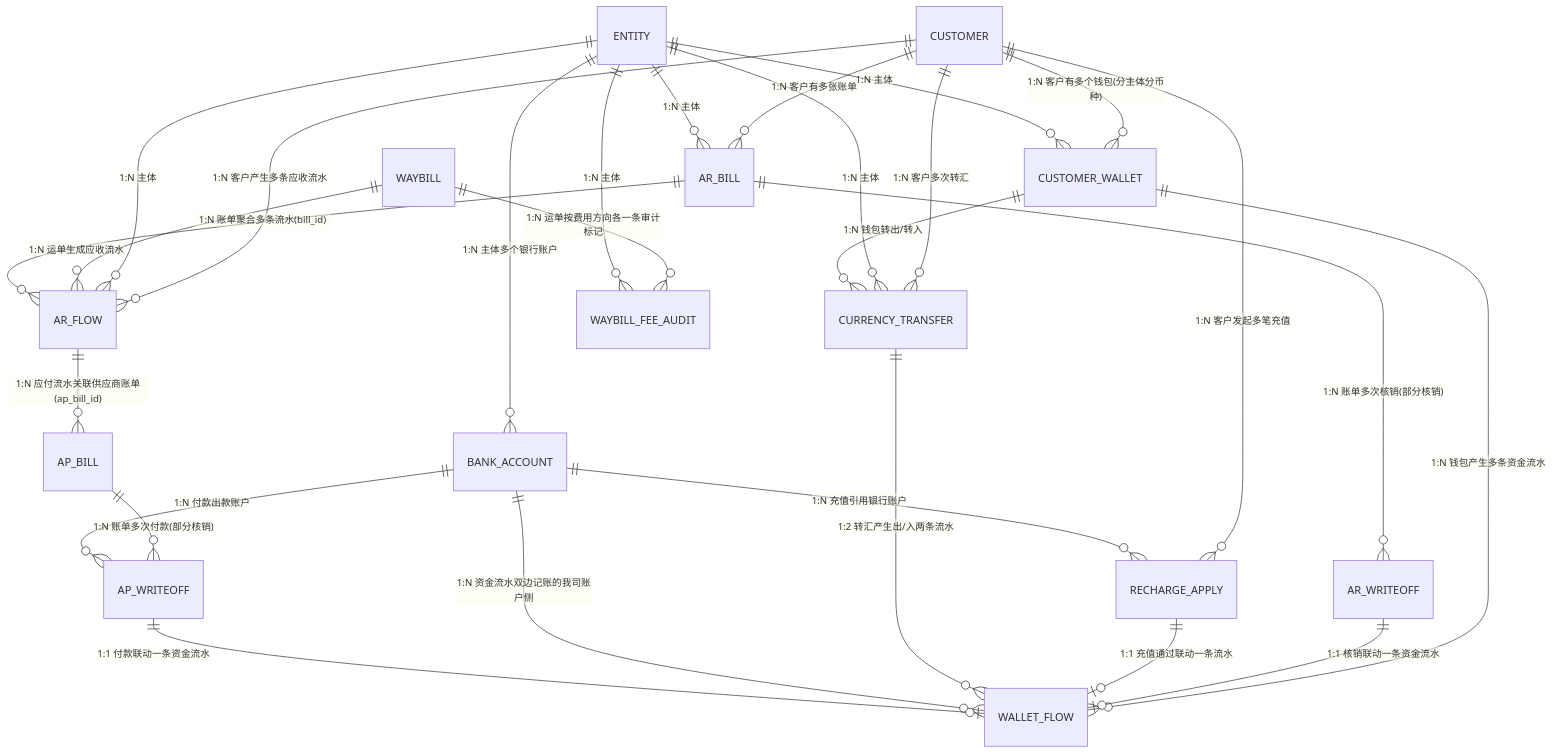
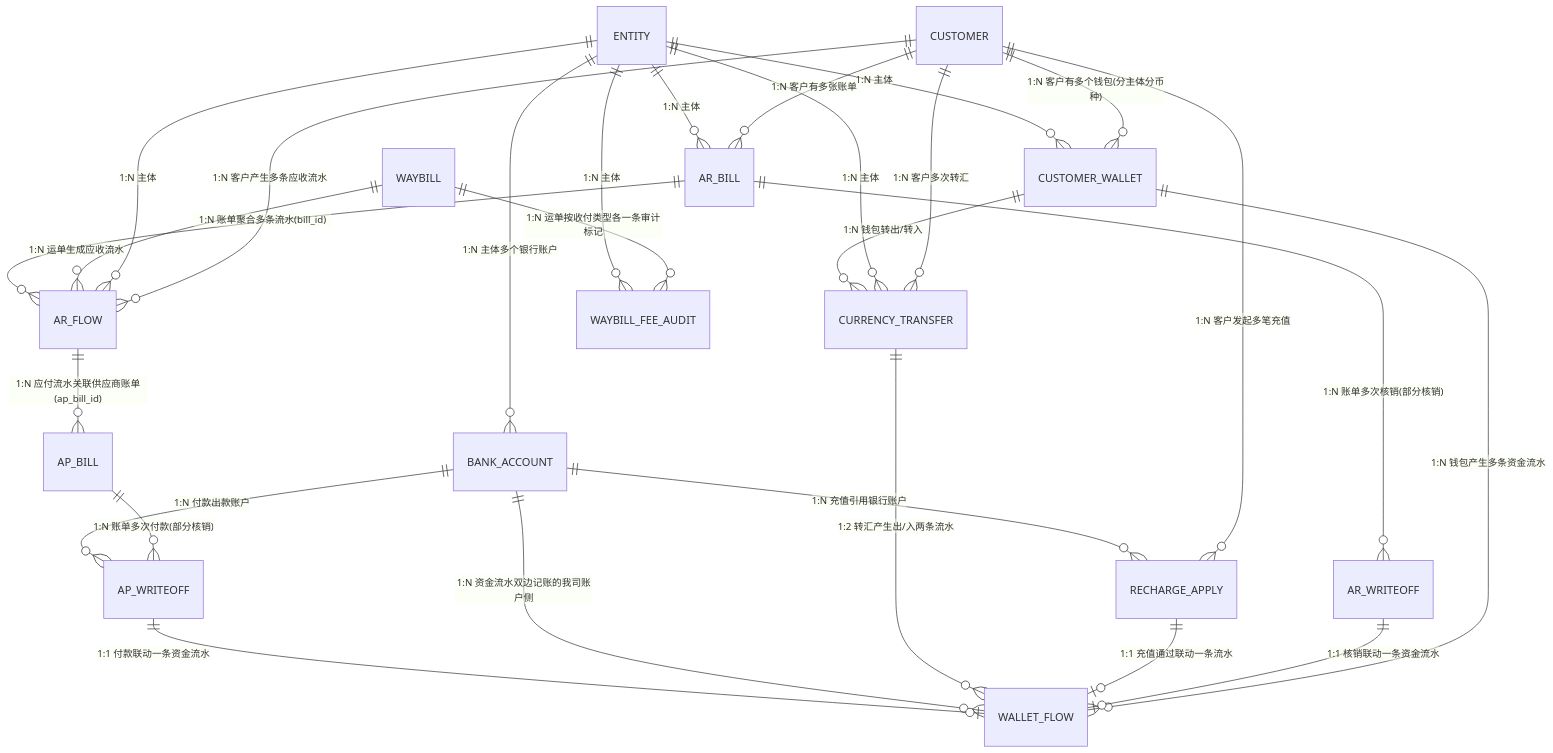
Before and after one commit to zhangwen960722/luna-daily: the diagram in 0-产品经理使用IDE/drafts/财务/2026-09-24-数据设计.md, drawn with Mermaid. The commit also changed other lines of this file and 14 other files, not shown here.

````diff
--- a/0-产品经理使用IDE/drafts/财务/2026-09-24-数据设计.md
+++ b/0-产品经理使用IDE/drafts/财务/2026-09-24-数据设计.md
@@ -458,29 +459,29 @@
 ```mermaid
 erDiagram
     CUSTOMER ||--o{ AR_FLOW : "1:N 客户产生多条应收流水"
     CUSTOMER ||--o{ AR_BILL : "1:N 客户有多张账单"
     CUSTOMER ||--o{ CUSTOMER_WALLET : "1:N 客户有多个钱包(分主体分币种)"
     CUSTOMER ||--o{ RECHARGE_APPLY : "1:N 客户发起多笔充值"
     CUSTOMER ||--o{ CURRENCY_TRANSFER : "1:N 客户多次转汇"
     ENTITY ||--o{ AR_FLOW : "1:N 主体"
     ENTITY ||--o{ AR_BILL : "1:N 主体"
     ENTITY ||--o{ CUSTOMER_WALLET : "1:N 主体"
     ENTITY ||--o{ BANK_ACCOUNT : "1:N 主体多个银行账户"
     ENTITY ||--o{ CURRENCY_TRANSFER : "1:N 主体"
     WAYBILL ||--o{ AR_FLOW : "1:N 运单生成应收流水"
     AR_BILL ||--o{ AR_FLOW : "1:N 账单聚合多条流水(bill_id)"
     AR_BILL ||--o{ AR_WRITEOFF : "1:N 账单多次核销(部分核销)"
     CUSTOMER_WALLET ||--o{ WALLET_FLOW : "1:N 钱包产生多条资金流水"
     CUSTOMER_WALLET ||--o{ CURRENCY_TRANSFER : "1:N 钱包转出/转入"
     AR_WRITEOFF ||--o| WALLET_FLOW : "1:1 核销联动一条资金流水"
     RECHARGE_APPLY ||--o| WALLET_FLOW : "1:1 充值通过联动一条流水"
     CURRENCY_TRANSFER ||--o{ WALLET_FLOW : "1:2 转汇产生出/入两条流水"
     BANK_ACCOUNT ||--o{ RECHARGE_APPLY : "1:N 充值引用银行账户"
     BANK_ACCOUNT ||--o{ WALLET_FLOW : "1:N 资金流水双边记账的我司账户侧"
     AR_FLOW ||--o{ AP_BILL : "1:N 应付流水关联供应商账单(ap_bill_id)"
     AP_BILL ||--o{ AP_WRITEOFF : "1:N 账单多次付款(部分核销)"
     BANK_ACCOUNT ||--o{ AP_WRITEOFF : "1:N 付款出款账户"
     AP_WRITEOFF ||--o| WALLET_FLOW : "1:1 付款联动一条资金流水"
-    WAYBILL ||--o{ WAYBILL_FEE_AUDIT : "1:N 运单按费用方向各一条审计标记"
+    WAYBILL ||--o{ WAYBILL_FEE_AUDIT : "1:N 运单按收付类型各一条审计标记"
     ENTITY ||--o{ WAYBILL_FEE_AUDIT : "1:N 主体"
 ```
````
